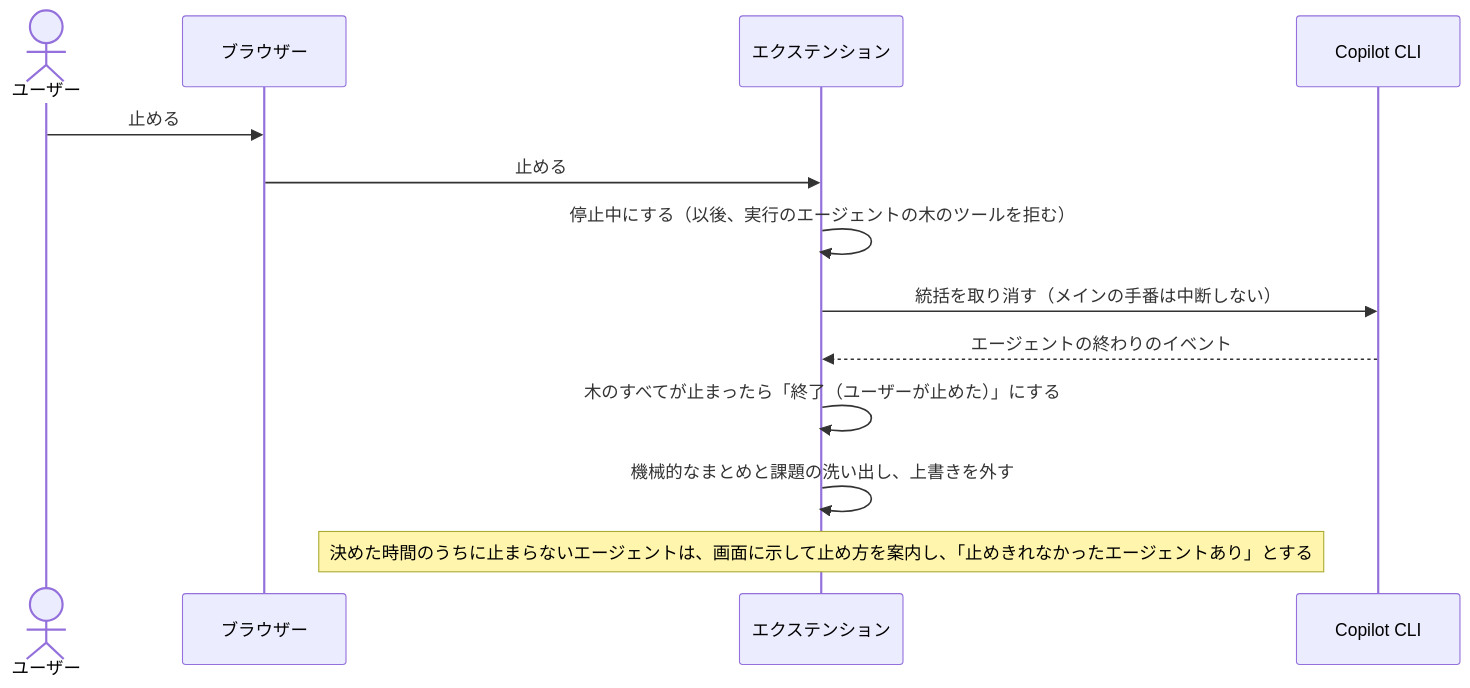
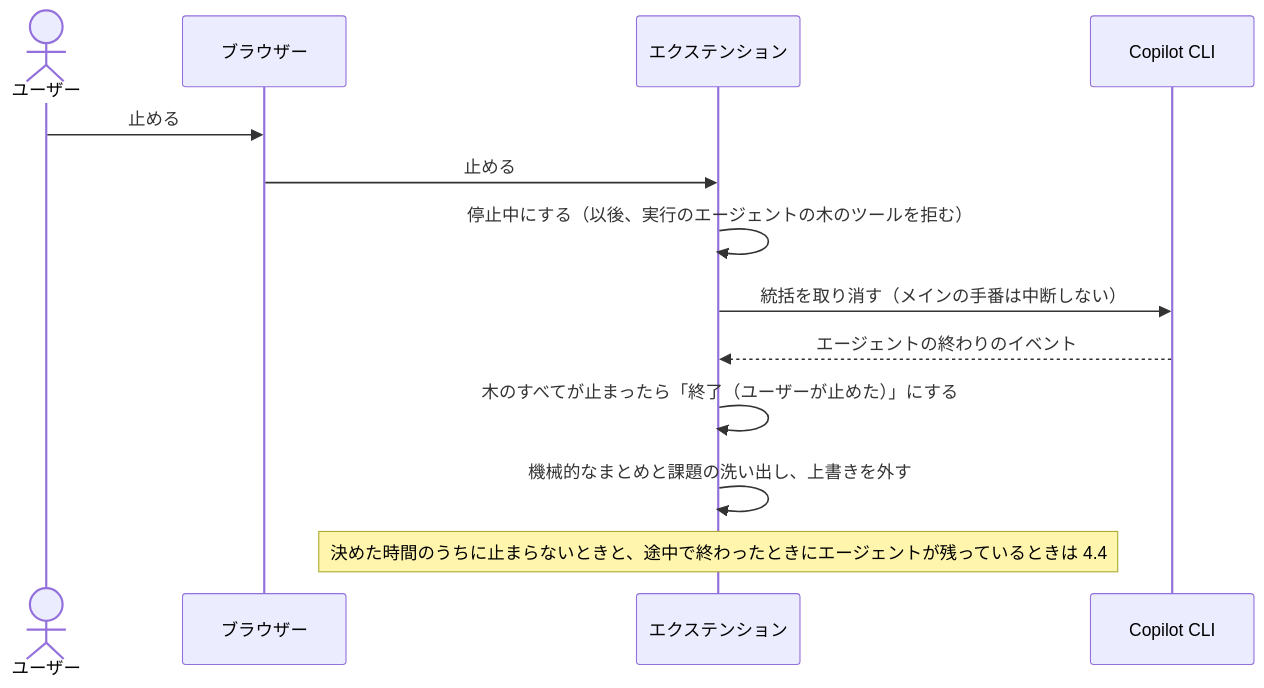
The third of 4 diagrams in docs/design/generated-plugin-structure.md (imaeda-hub/plugin-creater), drawn with Mermaid before and after one commit. The commit also changed other lines of this file and 2 other files, not shown here.

````diff
--- a/docs/design/generated-plugin-structure.md
+++ b/docs/design/generated-plugin-structure.md
@@ -329,16 +325,16 @@
 ```mermaid
 sequenceDiagram
   actor U as ユーザー
   participant B as ブラウザー
   participant E as エクステンション
   participant C as Copilot CLI
 
   U->>B: 止める
   B->>E: 止める
   E->>E: 停止中にする（以後、実行のエージェントの木のツールを拒む）
   E->>C: 統括を取り消す（メインの手番は中断しない）
   C-->>E: エージェントの終わりのイベント
   E->>E: 木のすべてが止まったら「終了（ユーザーが止めた）」にする
   E->>E: 機械的なまとめと課題の洗い出し、上書きを外す
-  Note over E: 決めた時間のうちに止まらないエージェントは、画面に示して止め方を案内し、「止めきれなかったエージェントあり」とする
+  Note over E: 決めた時間のうちに止まらないときと、途中で終わったときにエージェントが残っているときは 4.4
 ```
````
